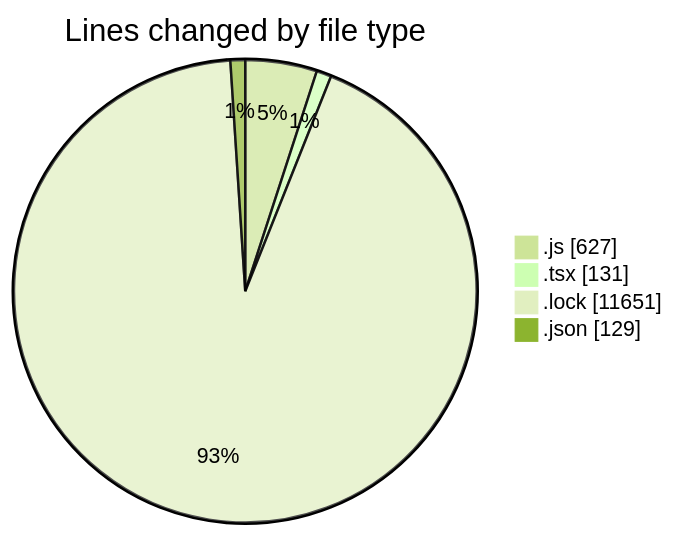
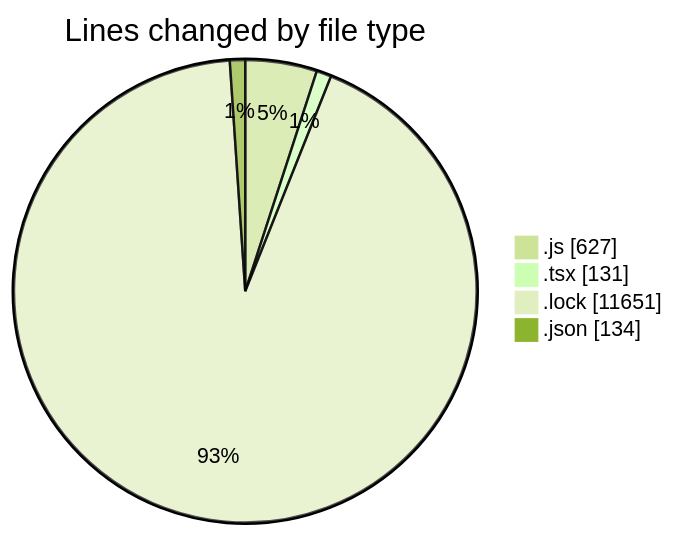
The first of 2 diagrams in 2026-01-13/cda/README.md (momahboobian/code-tracking), drawn with Mermaid (forest theme) before and after one commit. The commit also changed other lines of this file and 1 other file, not shown here.

````diff
--- a/2026-01-13/cda/README.md
+++ b/2026-01-13/cda/README.md
@@ -27,8 +27,8 @@
 ```mermaid
 pie showData
 title Lines changed by file type
 ".js" : 627
 ".tsx" : 131
 ".lock" : 11651
-".json" : 129
+".json" : 134
 ```
````
